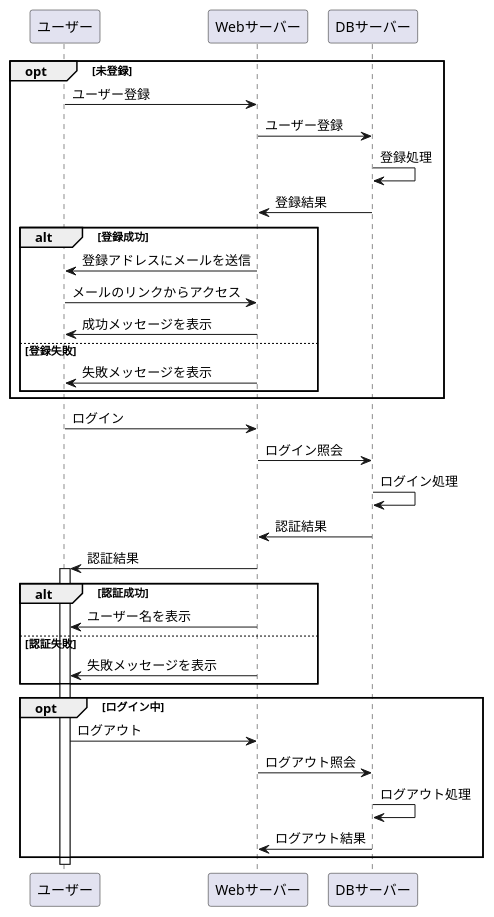
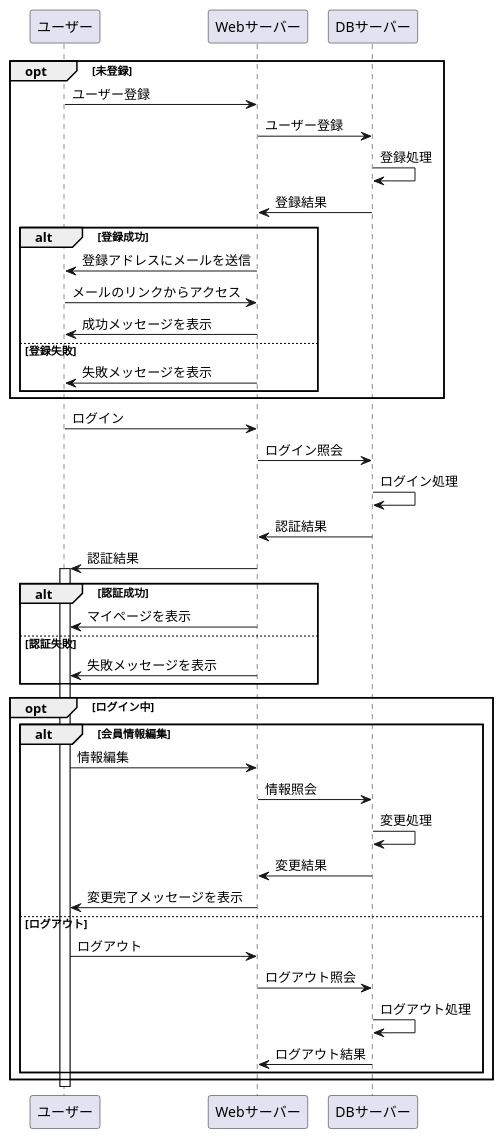
The diagram in ECsite_login.md (Aso2001384/2021sys-design), drawn with PlantUML before and after one commit.

````diff
--- a/ECsite_login.md
+++ b/ECsite_login.md
@@ -1,47 +1,55 @@
 ```uml
 @startuml
 
 opt 未登録
 ユーザー -> Webサーバー : ユーザー登録
 Webサーバー -> DBサーバー : ユーザー登録
 DBサーバー -> DBサーバー : 登録処理
 DBサーバー -> Webサーバー : 登録結果
 
 alt 登録成功
 Webサーバー -> ユーザー : 登録アドレスにメールを送信
 ユーザー -> Webサーバー : メールのリンクからアクセス
 Webサーバー -> ユーザー : 成功メッセージを表示
 
 else 登録失敗
 Webサーバー -> ユーザー : 失敗メッセージを表示
 end
 end
 
 ユーザー -> Webサーバー : ログイン
 Webサーバー -> DBサーバー : ログイン照会
 DBサーバー -> DBサーバー : ログイン処理
 DBサーバー -> Webサーバー : 認証結果
 Webサーバー -> ユーザー : 認証結果
 
 activate ユーザー
 
 alt 認証成功
-Webサーバー -> ユーザー : ユーザー名を表示
+Webサーバー -> ユーザー : マイページを表示
 
 else 認証失敗
 Webサーバー -> ユーザー : 失敗メッセージを表示
 
 end
 
 opt ログイン中
+alt 会員情報編集
+ユーザー -> Webサーバー : 情報編集
+Webサーバー -> DBサーバー : 情報照会
+DBサーバー -> DBサーバー : 変更処理
+DBサーバー -> Webサーバー : 変更結果
+Webサーバー -> ユーザー : 変更完了メッセージを表示
 
+else ログアウト
 ユーザー -> Webサーバー : ログアウト
 Webサーバー -> DBサーバー : ログアウト照会
 DBサーバー -> DBサーバー : ログアウト処理
 DBサーバー -> Webサーバー : ログアウト結果
 
 end
+end
 
 deactivate ユーザー
 @enduml
 ```
````
